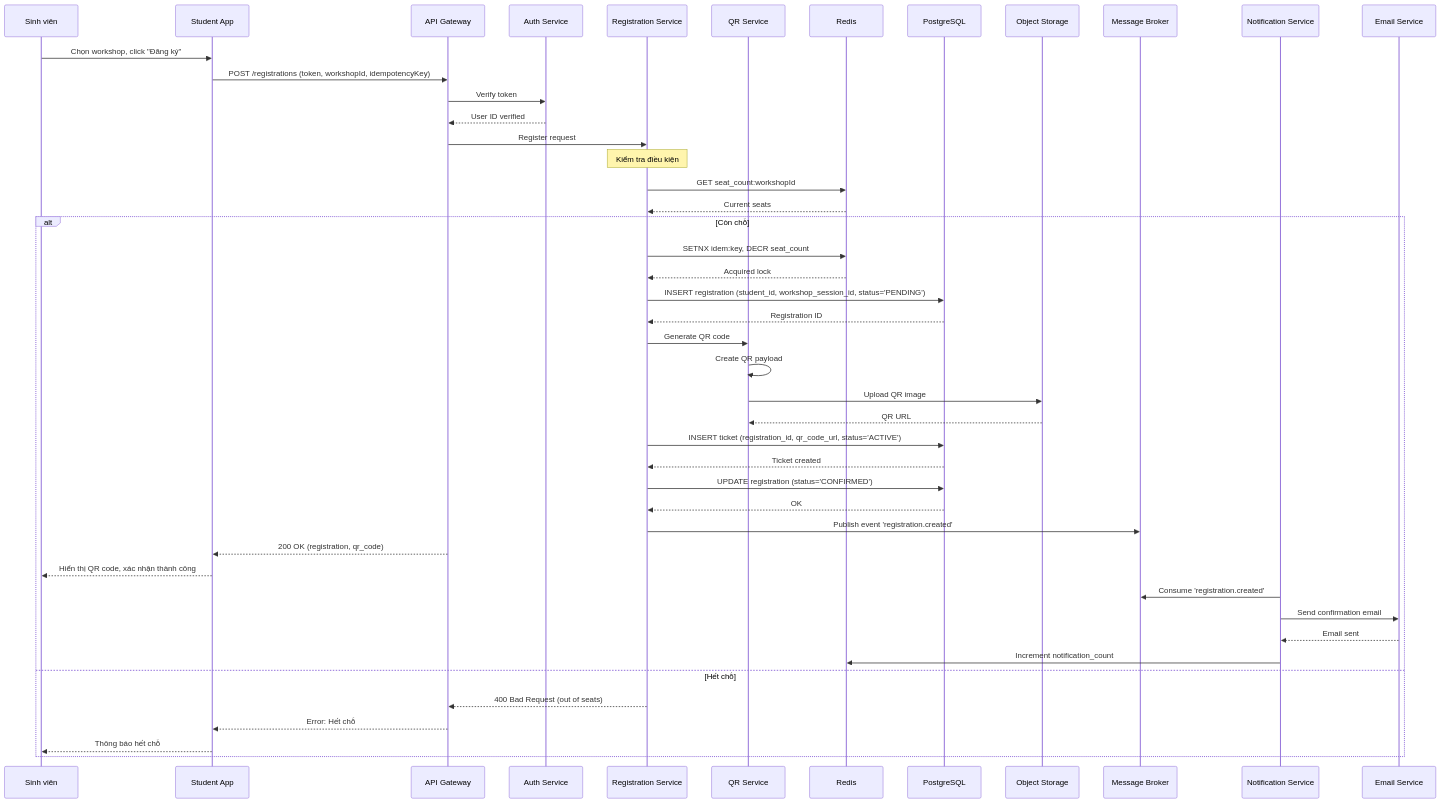
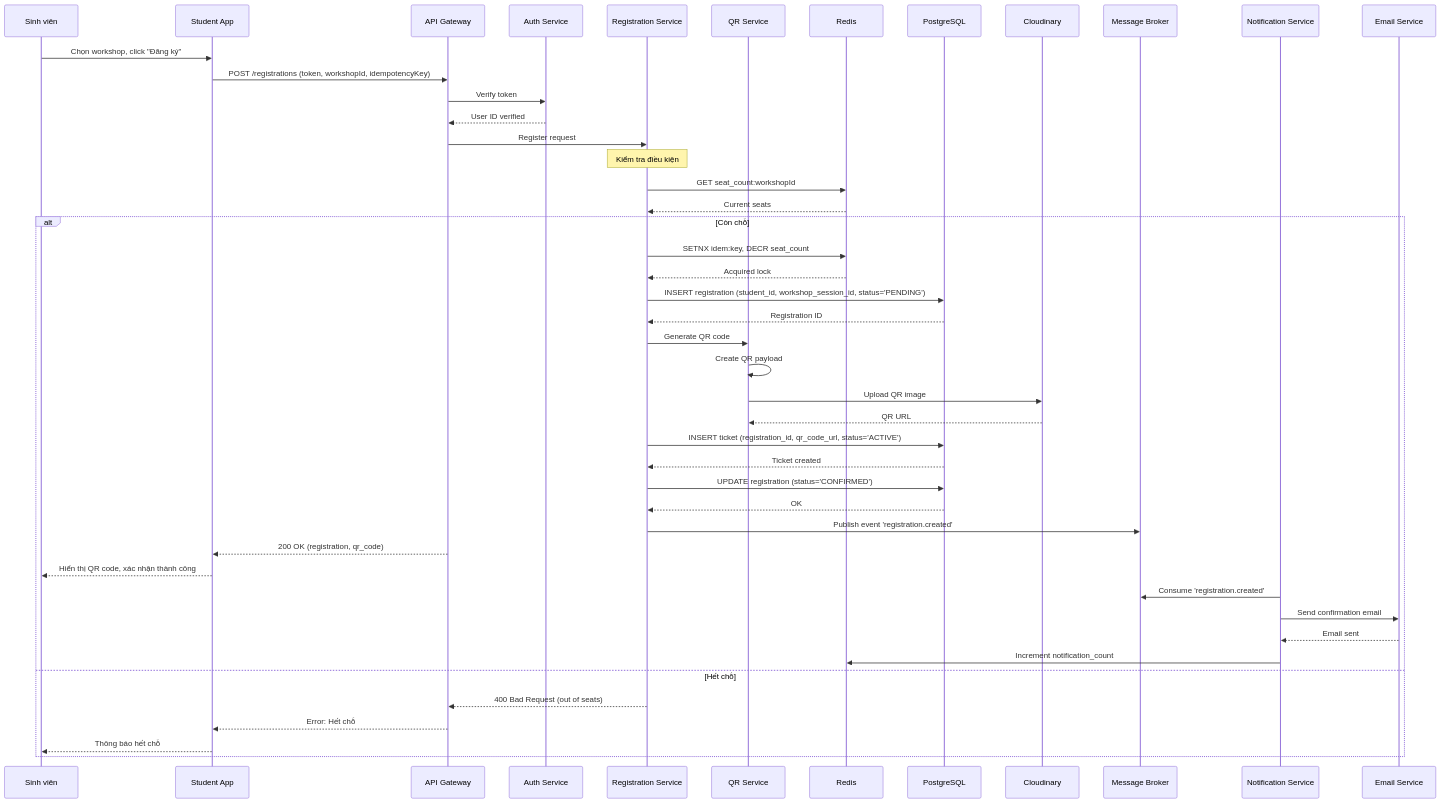
The fourth of 13 diagrams in docs/architecture.md (khoadanwneee/Software-Design), drawn with Mermaid before and after one commit. The commit also changed other lines of this file and 3 other files, not shown here.

First line of the commit message:
docs: replace Object Storage (MinIO/S3) with Cloudinary for file management

````diff
--- a/docs/architecture.md
+++ b/docs/architecture.md
@@ -425,61 +425,61 @@
 ```mermaid
 sequenceDiagram
     participant Student as Sinh viên
     participant App as Student App
     participant API as API Gateway
     participant AuthSvc as Auth Service
     participant RegSvc as Registration Service
     participant QRSvc as QR Service
     participant Cache as Redis
     participant DB as PostgreSQL
-    participant Storage as Object Storage
+    participant Storage as Cloudinary
     participant Broker as Message Broker
     participant NotifSvc as Notification Service
     participant EmailSvc as Email Service
 
     Student->>App: Chọn workshop, click "Đăng ký"
     App->>API: POST /registrations (token, workshopId, idempotencyKey)
     API->>AuthSvc: Verify token
     AuthSvc-->>API: User ID verified
 
     API->>RegSvc: Register request
 
     note over RegSvc: Kiểm tra điều kiện
     RegSvc->>Cache: GET seat_count:workshopId
     Cache-->>RegSvc: Current seats
 
     alt Còn chỗ
         RegSvc->>Cache: SETNX idem:key, DECR seat_count
         Cache-->>RegSvc: Acquired lock
 
         RegSvc->>DB: INSERT registration (student_id, workshop_session_id, status='PENDING')
         DB-->>RegSvc: Registration ID
 
         RegSvc->>QRSvc: Generate QR code
         QRSvc->>QRSvc: Create QR payload
         QRSvc->>Storage: Upload QR image
         Storage-->>QRSvc: QR URL
 
         RegSvc->>DB: INSERT ticket (registration_id, qr_code_url, status='ACTIVE')
         DB-->>RegSvc: Ticket created
 
         RegSvc->>DB: UPDATE registration (status='CONFIRMED')
         DB-->>RegSvc: OK
 
         RegSvc->>Broker: Publish event 'registration.created'
 
         API-->>App: 200 OK (registration, qr_code)
         App-->>Student: Hiển thị QR code, xác nhận thành công
 
         NotifSvc->>Broker: Consume 'registration.created'
         NotifSvc->>EmailSvc: Send confirmation email
         EmailSvc-->>NotifSvc: Email sent
 
         NotifSvc->>Cache: Increment notification_count
 
     else Hết chỗ
         RegSvc-->>API: 400 Bad Request (out of seats)
         API-->>App: Error: Hết chỗ
         App-->>Student: Thông báo hết chỗ
     end
 ```
````
